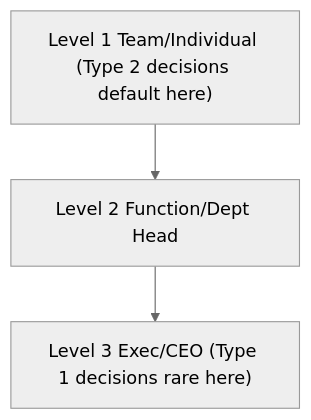
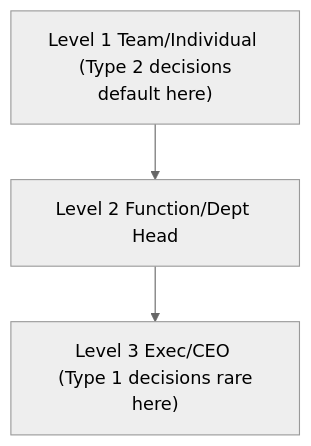
One commit to ngtranthanhtoan/business-301-executive-leadership changed the diagram in executive_leadership_301_chapter_06.md. Above: the diagram before and after it, drawn with Mermaid (neutral theme).

````diff
--- a/executive_leadership_301_chapter_06.md
+++ b/executive_leadership_301_chapter_06.md
@@ -36,5 +36,5 @@
 ```mermaid
 flowchart TB
-  L1["Level 1 Team/Individual (Type 2 decisions default here)"] --> L2["Level 2 Function/Dept Head"]
-  L2 --> L3["Level 3 Exec/CEO (Type 1 decisions rare here)"]
+  L1["Level 1 Team/Individual <br> (Type 2 decisions default here)"] --> L2["Level 2 Function/Dept Head"]
+  L2 --> L3["Level 3 Exec/CEO <br> (Type 1 decisions rare here)"]
 ```
````
